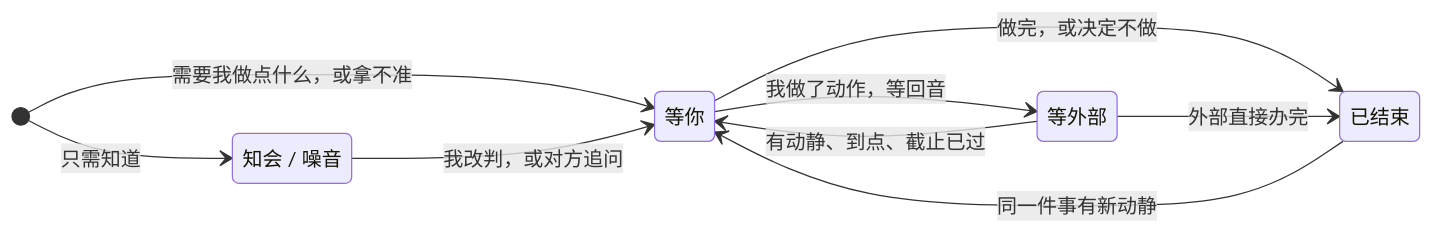
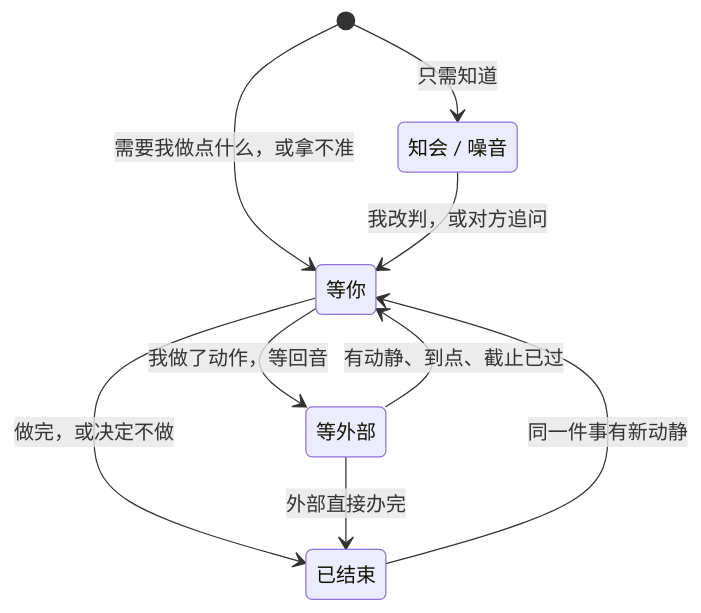
One commit to starding/pitbus changed the diagram in README.md. Above: the diagram before and after it, drawn with Mermaid.

Commit message:
README：状态机改成纵向，窄屏也看得清

````diff
--- a/README.md
+++ b/README.md
@@ -23,16 +23,15 @@
 ```mermaid
 stateDiagram-v2
-    direction LR
     state "等你" as mine
     state "等外部" as theirs
     state "已结束" as done
     state "知会 / 噪音" as fyi
     [*] --> mine: 需要我做点什么，或拿不准
     [*] --> fyi: 只需知道
     fyi --> mine: 我改判，或对方追问
     mine --> theirs: 我做了动作，等回音
     mine --> done: 做完，或决定不做
     theirs --> mine: 有动静、到点、截止已过
     theirs --> done: 外部直接办完
     done --> mine: 同一件事有新动静
 ```
````
